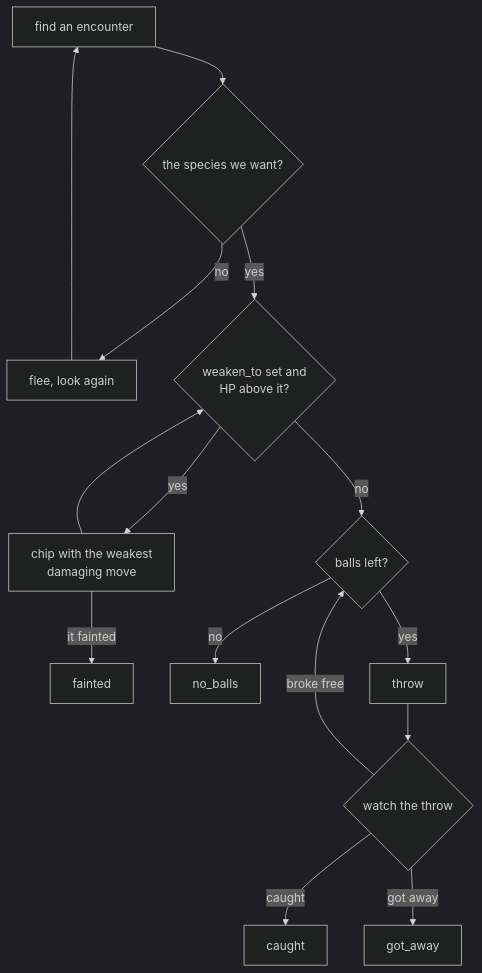
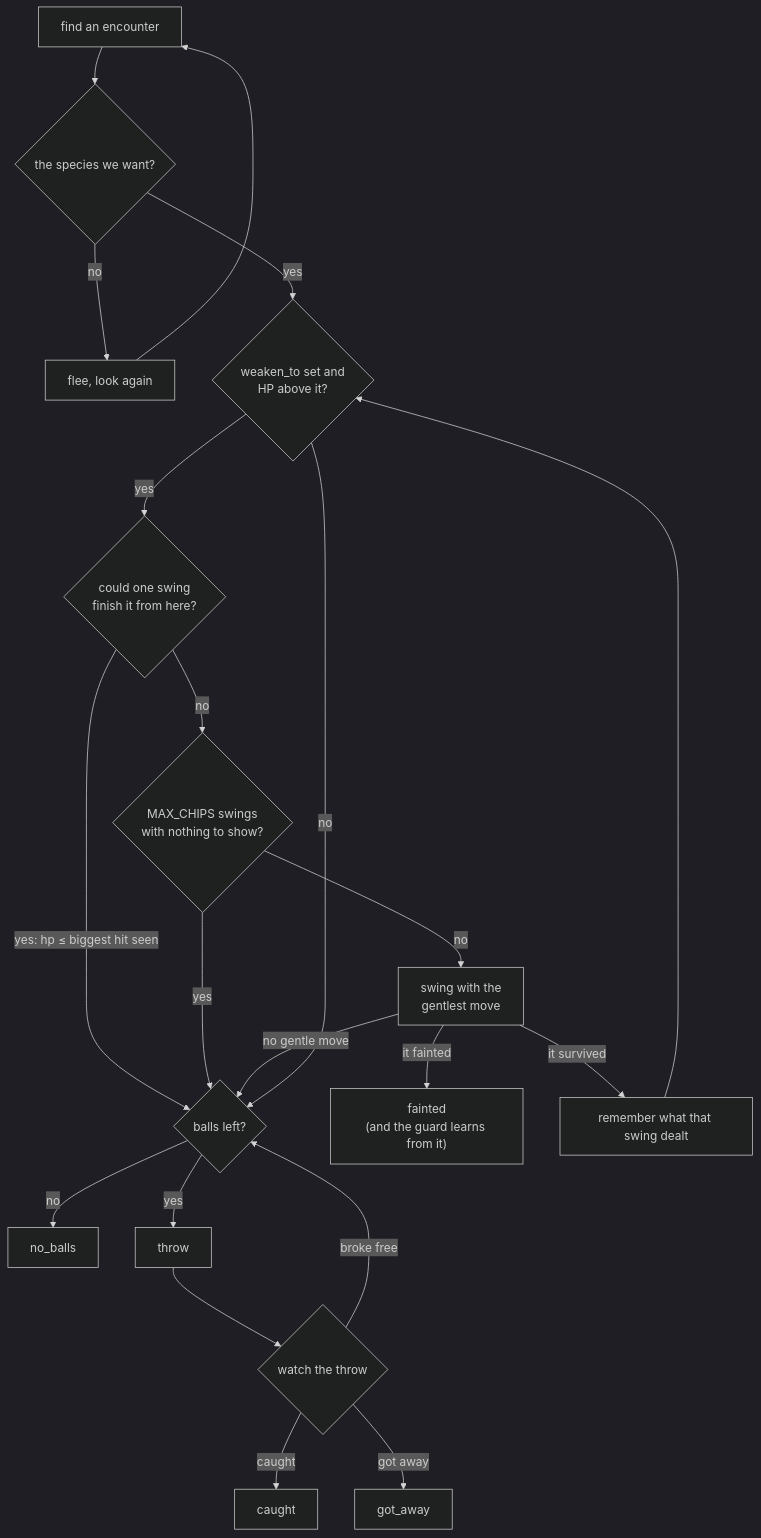
The eighth of 10 diagrams in docs/CODE.md (minormending/crystal-pilot), drawn with Mermaid (dark theme) before and after one commit. The commit also changed other lines of this file and 3 other files, not shown here.

````diff
--- a/docs/CODE.md
+++ b/docs/CODE.md
@@ -608,17 +605,23 @@
 ```mermaid
 flowchart TD
     A["find an encounter"] --> M{"the species we want?"}
     M -- no --> FL["flee, look again"]
     FL --> A
     M -- yes --> W{"weaken_to set and<br/>HP above it?"}
-    W -- yes --> CH["chip with the weakest<br/>damaging move"]
-    CH -- "it fainted" --> FA["fainted"]
-    CH --> W
+    W -- yes --> G{"could one swing<br/>finish it from here?"}
+    G -- "yes: hp &le; biggest hit seen" --> B
+    G -- no --> C{"MAX_CHIPS swings<br/>with nothing to show?"}
+    C -- yes --> B
+    C -- no --> CH["swing with the<br/>gentlest move"]
+    CH -- "no gentle move" --> B
+    CH -- "it fainted" --> FA["fainted<br/>(and the guard learns from it)"]
+    CH -- "it survived" --> LN["remember what that swing dealt"]
+    LN --> W
     W -- no --> B{"balls left?"}
     B -- no --> NB["no_balls"]
     B -- yes --> TH["throw"]
     TH --> WT{"watch the throw"}
     WT -- caught --> OK["caught"]
     WT -- "broke free" --> B
     WT -- "got away" --> GA["got_away"]
 ```
````
